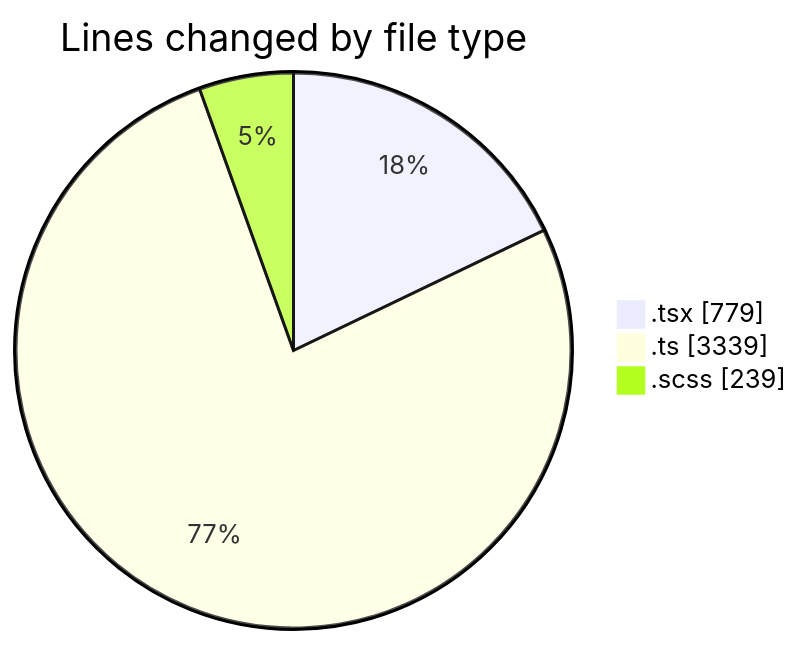
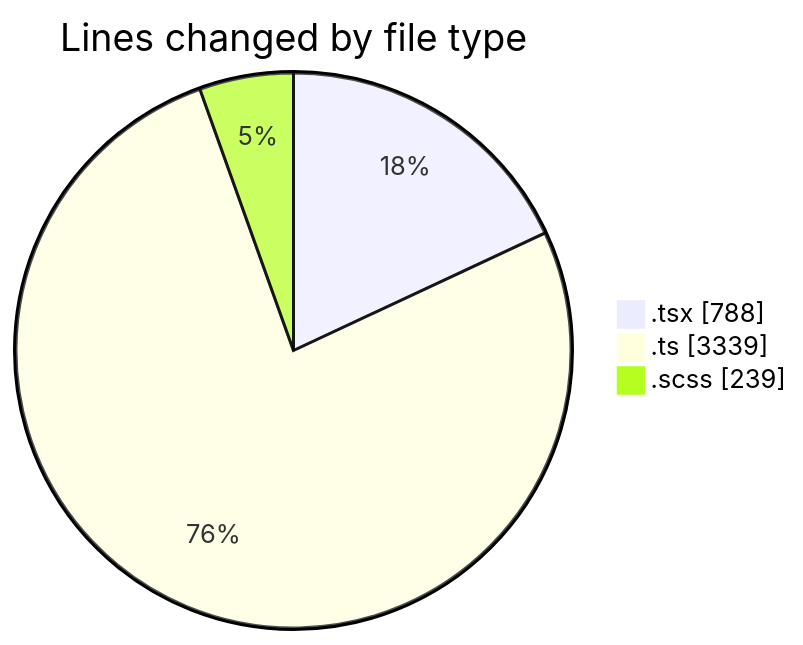
The first of 2 diagrams in 2025-09-17/cda/README.md (momahboobian/code-tracking), drawn with Mermaid before and after one commit. The commit also changed other lines of this file and 1 other file, not shown here.

````diff
--- a/2025-09-17/cda/README.md
+++ b/2025-09-17/cda/README.md
@@ -25,7 +25,7 @@
 ```mermaid
 pie showData
 title Lines changed by file type
-".tsx" : 779
+".tsx" : 788
 ".ts" : 3339
 ".scss" : 239
 ```
````
